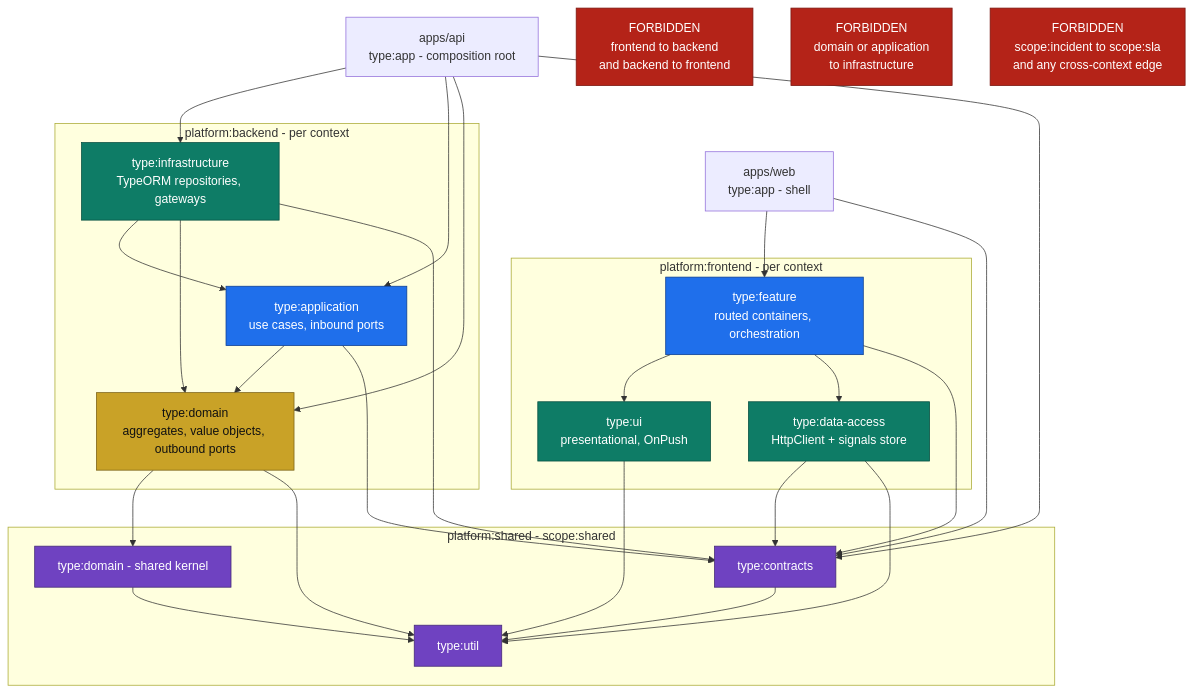
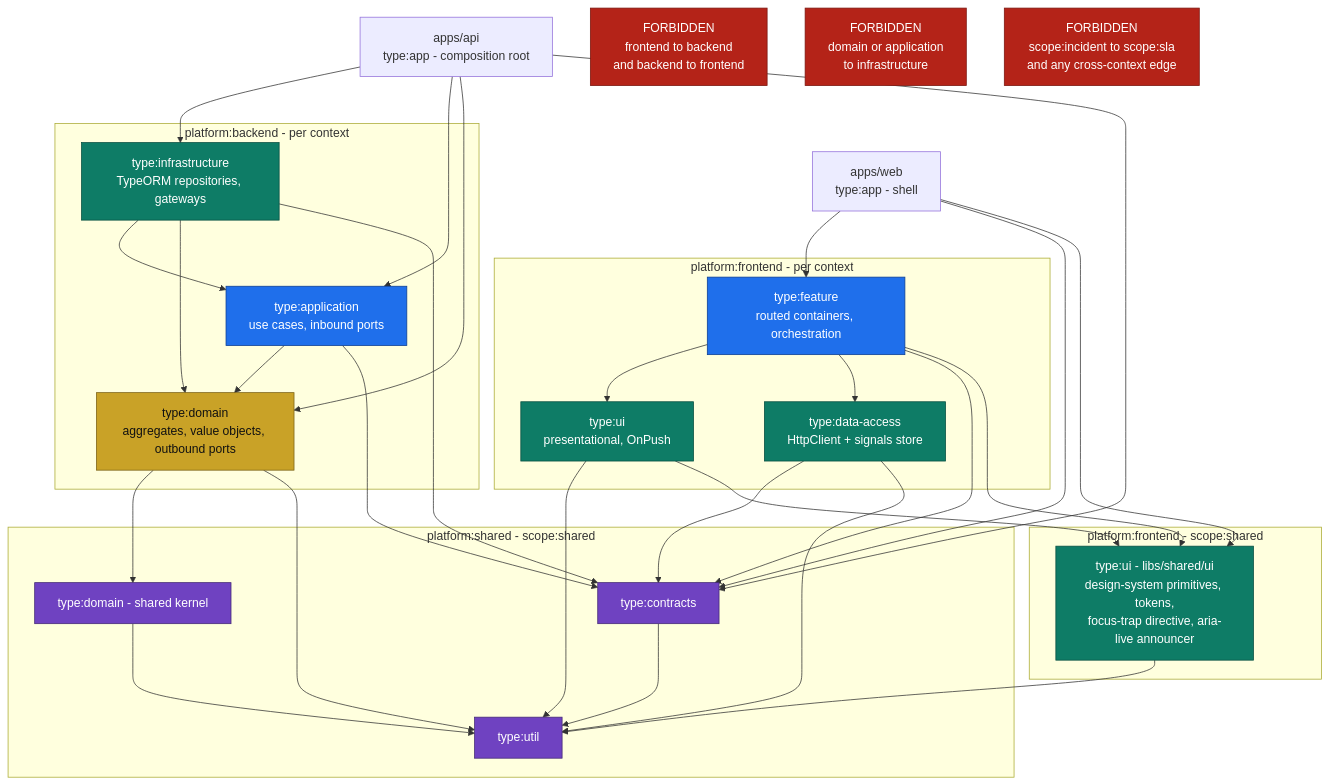
Before and after one commit to LIDR-academy/AI4Devs-finalproject: the fourth of 8 diagrams in docs/ARCHITECTURE.md, drawn with Mermaid. The commit also changed other lines of this file and 6 other files, not shown here.

````diff
--- a/docs/ARCHITECTURE.md
+++ b/docs/ARCHITECTURE.md
@@ -393,63 +399,71 @@
 ```mermaid
 flowchart TB
     subgraph be["platform:backend - per context"]
         BINF["type:infrastructure<br/>TypeORM repositories, gateways"]
         BAPP["type:application<br/>use cases, inbound ports"]
         BDOM["type:domain<br/>aggregates, value objects, outbound ports"]
     end
 
     subgraph fe["platform:frontend - per context"]
         FFEAT["type:feature<br/>routed containers, orchestration"]
         FUI["type:ui<br/>presentational, OnPush"]
         FDA["type:data-access<br/>HttpClient + signals store"]
+    end
+
+    subgraph shfe["platform:frontend - scope:shared"]
+        SUI["type:ui - libs/shared/ui<br/>design-system primitives, tokens,<br/>focus-trap directive, aria-live announcer"]
     end
 
     subgraph sh["platform:shared - scope:shared"]
         CTR["type:contracts"]
         SDOM["type:domain - shared kernel"]
         SUTL["type:util"]
     end
 
     APIAPP["apps/api<br/>type:app - composition root"]
     WEBAPP["apps/web<br/>type:app - shell"]
 
     APIAPP --> BINF
     APIAPP --> BAPP
     APIAPP --> BDOM
     APIAPP --> CTR
 
     BINF --> BAPP
     BINF --> BDOM
     BINF --> CTR
     BAPP --> BDOM
     BAPP --> CTR
     BDOM --> SDOM
     BDOM --> SUTL
 
     WEBAPP --> FFEAT
     WEBAPP --> CTR
     FFEAT --> FUI
     FFEAT --> FDA
     FFEAT --> CTR
     FDA --> CTR
     FUI --> SUTL
     FDA --> SUTL
+    WEBAPP --> SUI
+    FFEAT --> SUI
+    FUI --> SUI
+    SUI --> SUTL
 
     CTR --> SUTL
     SDOM --> SUTL
 
     FORBID1["FORBIDDEN<br/>frontend to backend<br/>and backend to frontend"]
     FORBID2["FORBIDDEN<br/>domain or application<br/>to infrastructure"]
     FORBID3["FORBIDDEN<br/>scope:incident to scope:sla<br/>and any cross-context edge"]
 
     classDef dom fill:#c9a227,stroke:#7a6115,color:#111111
     classDef app fill:#1f6feb,stroke:#0b3d91,color:#ffffff
     classDef inf fill:#0e7c66,stroke:#064e40,color:#ffffff
     classDef shd fill:#6f42c1,stroke:#432874,color:#ffffff
     classDef bad fill:#b42318,stroke:#7a1710,color:#ffffff
     class BDOM dom
     class BAPP,FFEAT app
-    class BINF,FDA,FUI inf
+    class BINF,FDA,FUI,SUI inf
     class CTR,SDOM,SUTL shd
     class FORBID1,FORBID2,FORBID3 bad
 ```
````
